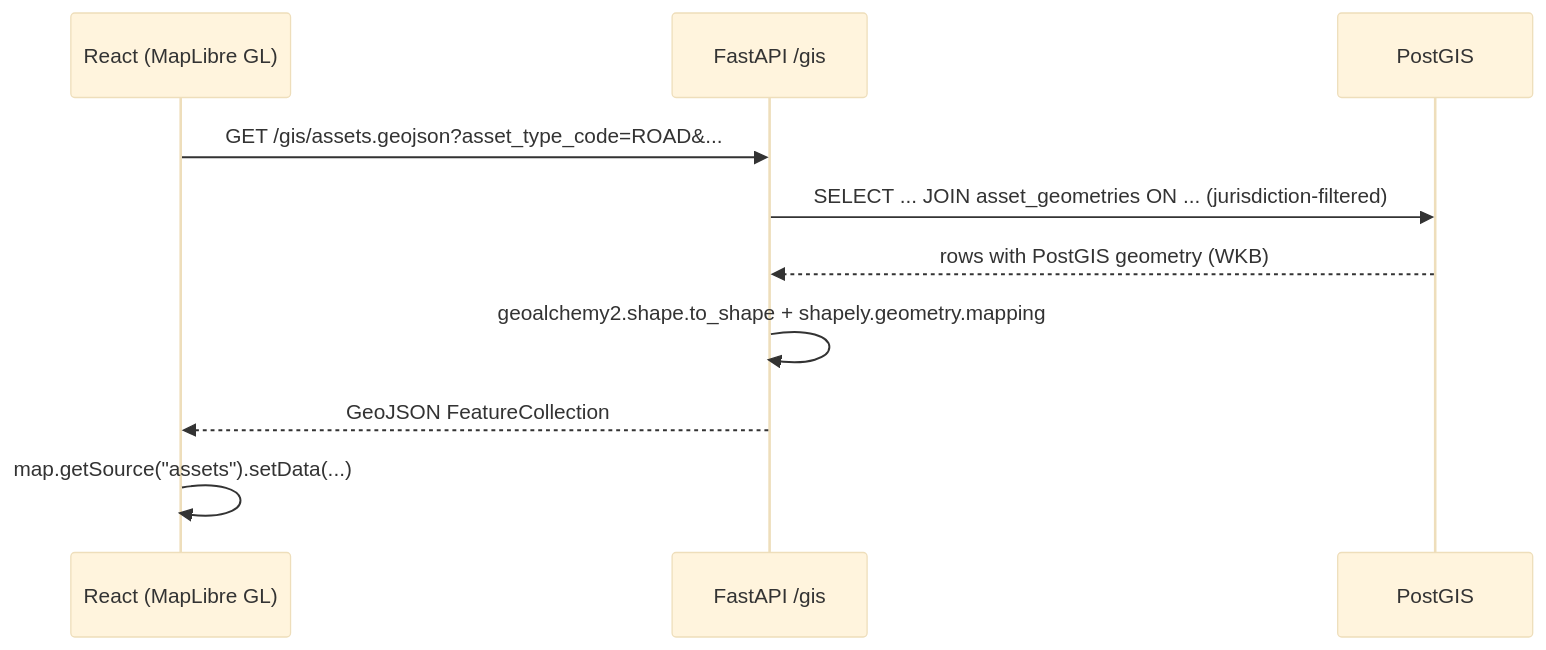
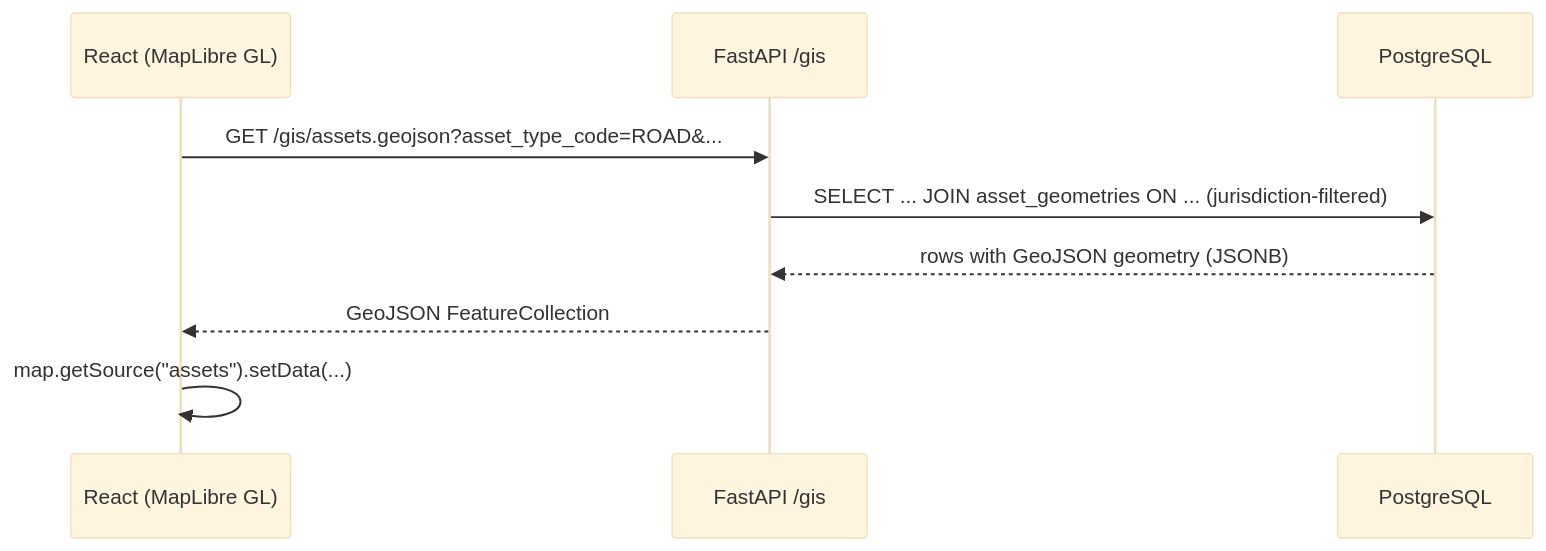
The second of 3 diagrams in docs/architecture.md (Rudra2712/Assest_management_pravi), drawn with Mermaid (base theme) before and after one commit. The commit also changed other lines of this file and 94 other files, not shown here.

````diff
--- a/docs/architecture.md
+++ b/docs/architecture.md
@@ -59,13 +59,12 @@
 ```mermaid
 sequenceDiagram
     participant FE as React (MapLibre GL)
     participant BE as FastAPI /gis
-    participant DB as PostGIS
+    participant DB as PostgreSQL
 
     FE->>BE: GET /gis/assets.geojson?asset_type_code=ROAD&...
     BE->>DB: SELECT ... JOIN asset_geometries ON ... (jurisdiction-filtered)
-    DB-->>BE: rows with PostGIS geometry (WKB)
-    BE->>BE: geoalchemy2.shape.to_shape + shapely.geometry.mapping
+    DB-->>BE: rows with GeoJSON geometry (JSONB)
     BE-->>FE: GeoJSON FeatureCollection
     FE->>FE: map.getSource("assets").setData(...)
 ```
````
